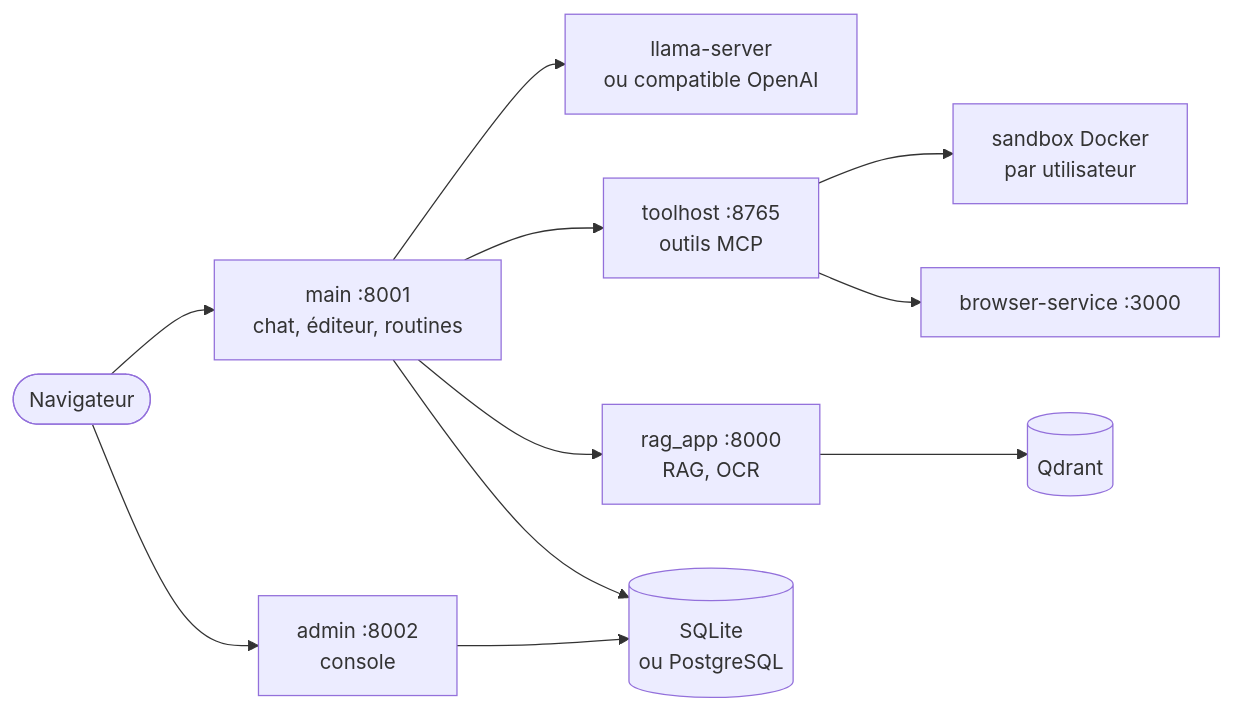
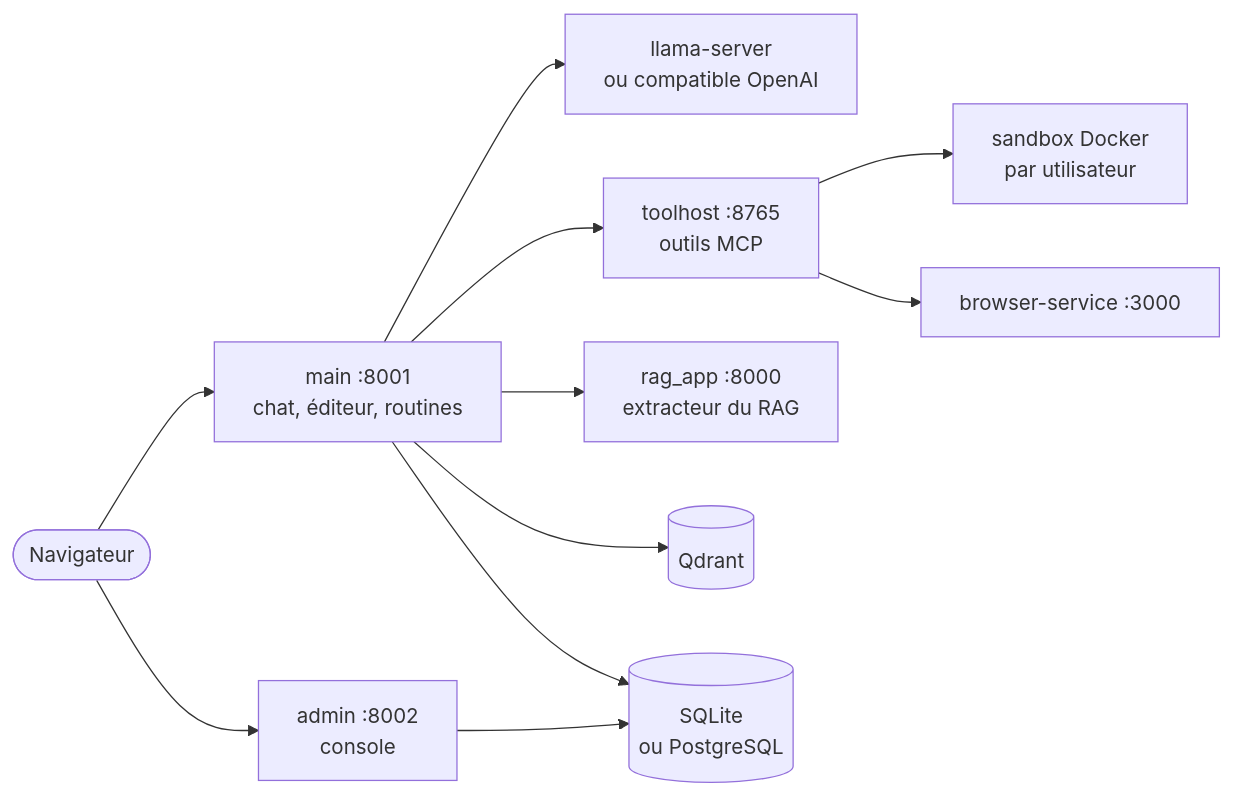
Before and after one commit to toto-fou/Elpis: the diagram in README.md, drawn with Mermaid. The commit also changed other lines of this file and 269 other files, not shown here.

````diff
--- a/README.md
+++ b/README.md
@@ -47,13 +48,13 @@
 ```mermaid
 flowchart LR
     nav([Navigateur]) --> main["main :8001<br/>chat, éditeur, routines"]
     nav --> admin["admin :8002<br/>console"]
     main --> llm["llama-server<br/>ou compatible OpenAI"]
     main --> toolhost["toolhost :8765<br/>outils MCP"]
-    main --> rag["rag_app :8000<br/>RAG, OCR"]
-    rag --> qdrant[("Qdrant")]
+    main --> rag["rag_app :8000<br/>extracteur du RAG"]
+    main --> qdrant[("Qdrant")]
     toolhost --> sandbox["sandbox Docker<br/>par utilisateur"]
     toolhost --> browser["browser-service :3000"]
     main --> db[("SQLite<br/>ou PostgreSQL")]
     admin --> db
 ```
````
